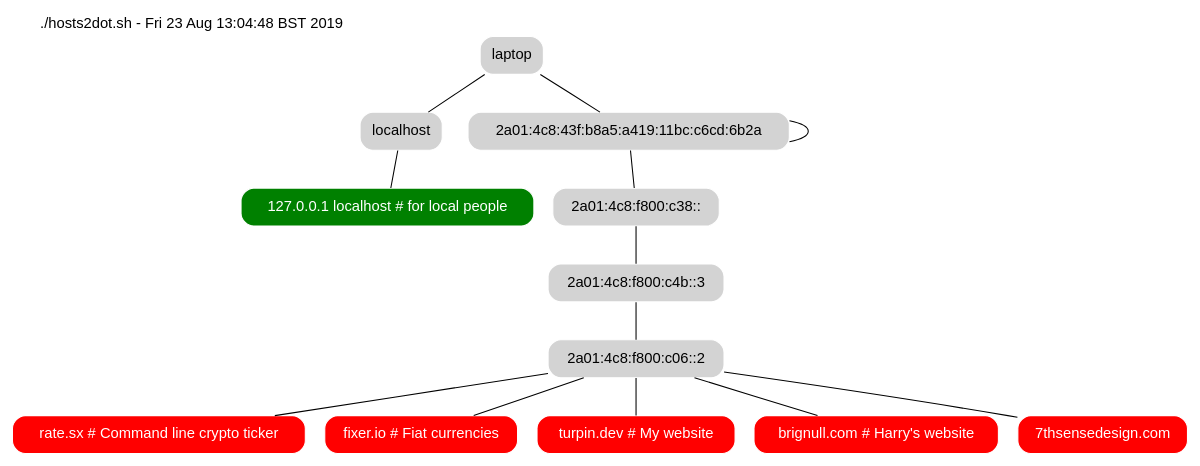
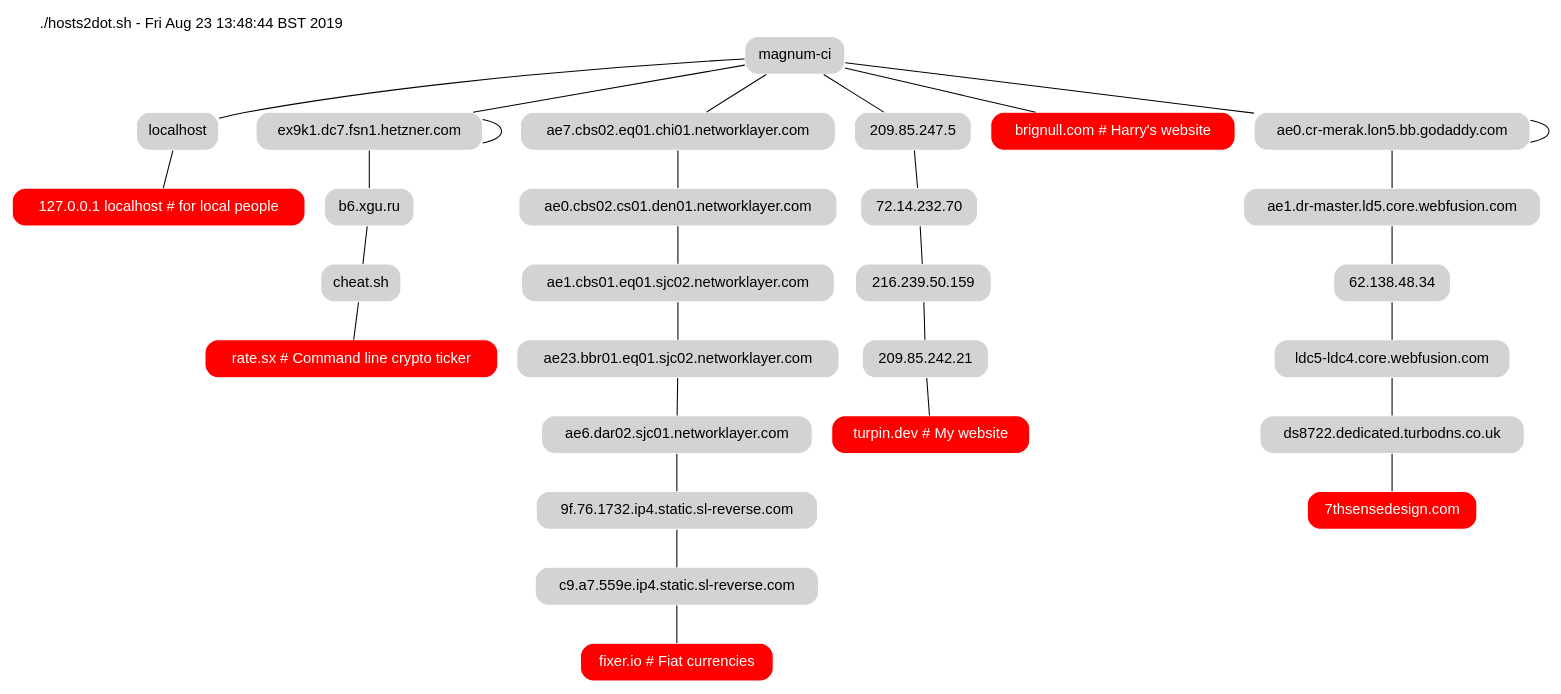
Before and after one commit to deanturpin/magnum-ci: the diagram in artefacts/hosts2dot/topology.dot, drawn with Graphviz. The commit also changed 3 other files, not shown here.

```diff
--- a/artefacts/hosts2dot/topology.dot
+++ b/artefacts/hosts2dot/topology.dot
@@ -1,18 +1,18 @@
 strict graph {
 fontname=helvetica
 node [shape=rect style="filled,rounded" color=white fillcolor=lightgrey fontname=helvetica]
-soy_yo [label="laptop"]
-graph [label="./hosts2dot.sh - Fri 23 Aug 13:04:48 BST 2019" labelloc=top labeljust=left]
-"127.0.0.1 localhost # for local people" [fillcolor=green fontcolor=white]
+soy_yo [label="magnum-ci"]
+graph [label="./hosts2dot.sh - Fri Aug 23 13:48:44 BST 2019" labelloc=top labeljust=left]
+"127.0.0.1 localhost # for local people" [fillcolor=red fontcolor=white]
 soy_yo--"localhost"--"127.0.0.1 localhost # for local people"
 "rate.sx # Command line crypto ticker" [fillcolor=red fontcolor=white]
-soy_yo--"2a01:4c8:43f:b8a5:a419:11bc:c6cd:6b2a"--"2a01:4c8:43f:b8a5:a419:11bc:c6cd:6b2a"--"2a01:4c8:f800:c38::"--"2a01:4c8:f800:c4b::3"--"2a01:4c8:f800:c06::2"--"rate.sx # Command line crypto ticker"
+soy_yo--"ex9k1.dc7.fsn1.hetzner.com"--"ex9k1.dc7.fsn1.hetzner.com"--"b6.xgu.ru"--"cheat.sh"--"rate.sx # Command line crypto ticker"
 "fixer.io # Fiat currencies" [fillcolor=red fontcolor=white]
-soy_yo--"2a01:4c8:43f:b8a5:a419:11bc:c6cd:6b2a"--"2a01:4c8:43f:b8a5:a419:11bc:c6cd:6b2a"--"2a01:4c8:f800:c38::"--"2a01:4c8:f800:c4b::3"--"2a01:4c8:f800:c06::2"--"fixer.io # Fiat currencies"
+soy_yo--"ae7.cbs02.eq01.chi01.networklayer.com"--"ae0.cbs02.cs01.den01.networklayer.com"--"ae1.cbs01.eq01.sjc02.networklayer.com"--"ae23.bbr01.eq01.sjc02.networklayer.com"--"ae6.dar02.sjc01.networklayer.com"--"9f.76.1732.ip4.static.sl-reverse.com"--"c9.a7.559e.ip4.static.sl-reverse.com"--"fixer.io # Fiat currencies"
 "turpin.dev # My website" [fillcolor=red fontcolor=white]
-soy_yo--"2a01:4c8:43f:b8a5:a419:11bc:c6cd:6b2a"--"2a01:4c8:43f:b8a5:a419:11bc:c6cd:6b2a"--"2a01:4c8:f800:c38::"--"2a01:4c8:f800:c4b::3"--"2a01:4c8:f800:c06::2"--"turpin.dev # My website"
+soy_yo--"209.85.247.5"--"72.14.232.70"--"216.239.50.159"--"209.85.242.21"--"turpin.dev # My website"
 "brignull.com # Harry's website" [fillcolor=red fontcolor=white]
-soy_yo--"2a01:4c8:43f:b8a5:a419:11bc:c6cd:6b2a"--"2a01:4c8:43f:b8a5:a419:11bc:c6cd:6b2a"--"2a01:4c8:f800:c38::"--"2a01:4c8:f800:c4b::3"--"2a01:4c8:f800:c06::2"--"brignull.com # Harry's website"
+soy_yo--"brignull.com # Harry's website"
 "7thsensedesign.com" [fillcolor=red fontcolor=white]
-soy_yo--"2a01:4c8:43f:b8a5:a419:11bc:c6cd:6b2a"--"2a01:4c8:43f:b8a5:a419:11bc:c6cd:6b2a"--"2a01:4c8:f800:c38::"--"2a01:4c8:f800:c4b::3"--"2a01:4c8:f800:c06::2"--"7thsensedesign.com"
+soy_yo--"ae0.cr-merak.lon5.bb.godaddy.com"--"ae0.cr-merak.lon5.bb.godaddy.com"--"ae1.dr-master.ld5.core.webfusion.com"--"62.138.48.34"--"ldc5-ldc4.core.webfusion.com"--"ds8722.dedicated.turbodns.co.uk"--"7thsensedesign.com"
 }
```
